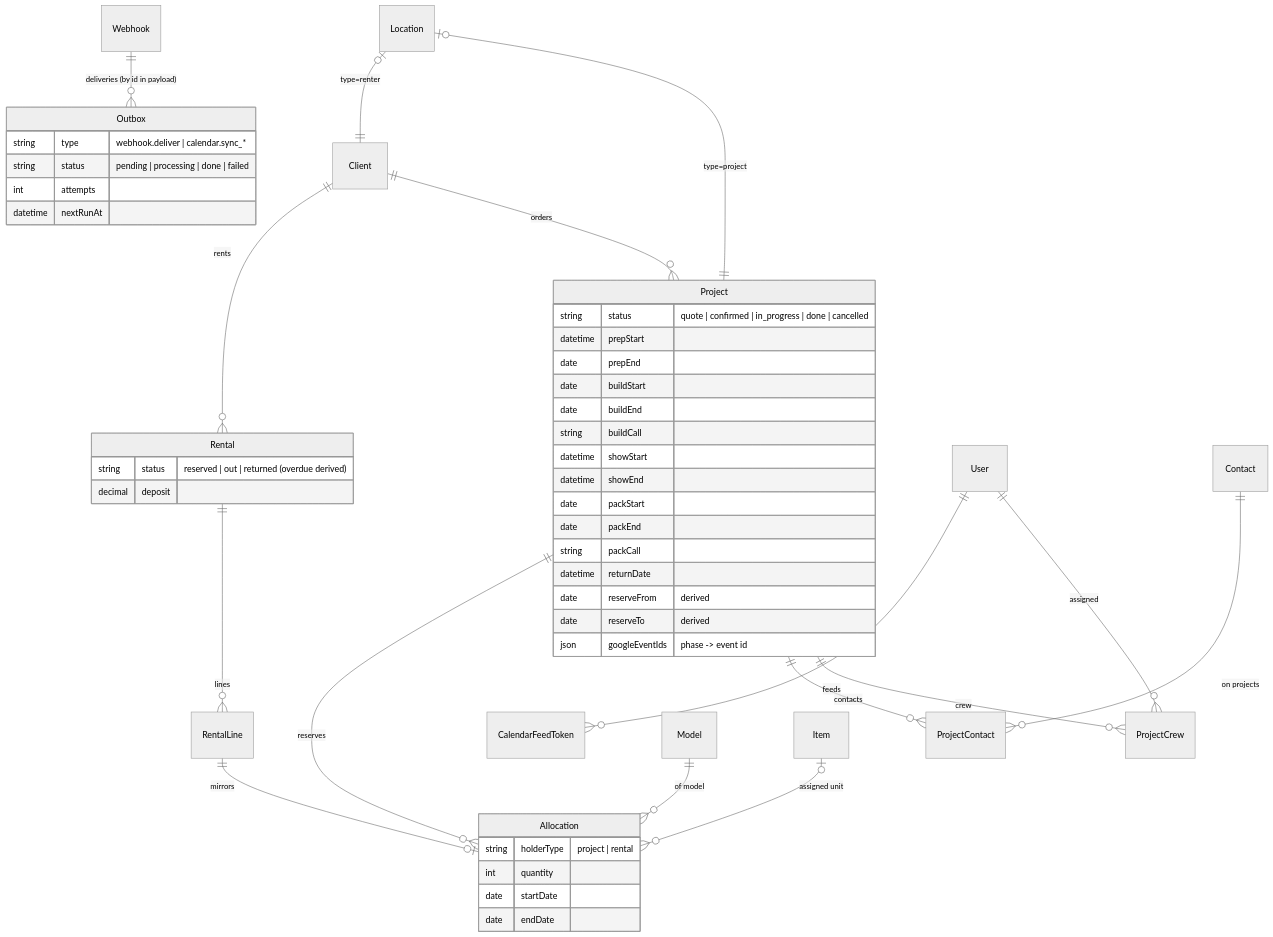
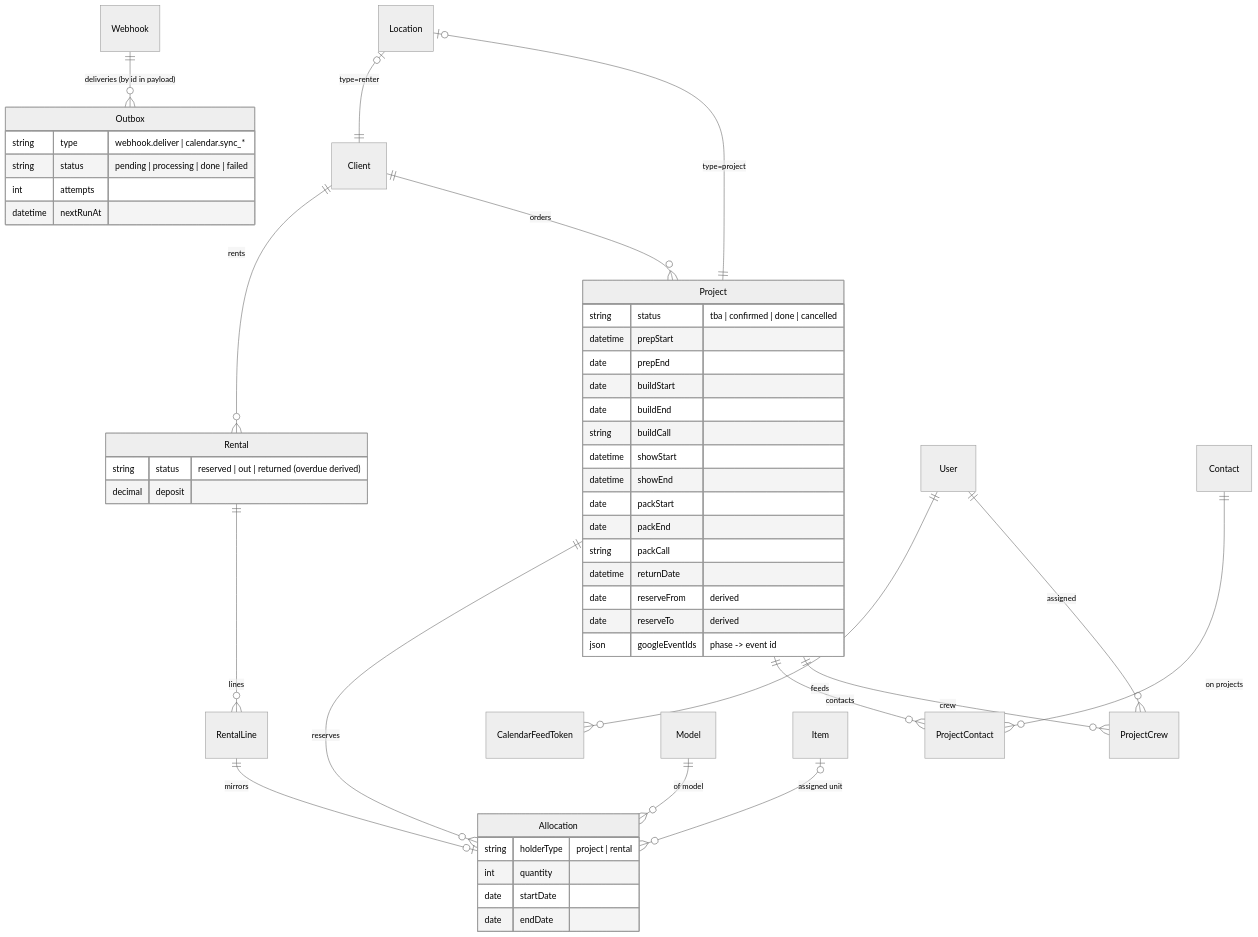
One commit to vertigojeppe/vertigo-gear-management changed the fifth of 6 diagrams in docs/ARCHITECTURE.md. Above: the diagram before and after it, drawn with Mermaid (neutral theme). The commit also changed 23 other files, not shown here.

First line of the commit message:
Projects: statuses TBA, Confirmed, Done, Cancelled; TBA jobs in the calendar

````diff
--- a/docs/ARCHITECTURE.md
+++ b/docs/ARCHITECTURE.md
@@ -259,52 +259,52 @@
 ```mermaid
 erDiagram
   Client ||--o{ Project : orders
   Client ||--o{ Rental : rents
   Project ||--o{ ProjectCrew : crew
   User ||--o{ ProjectCrew : assigned
   Project ||--o{ ProjectContact : contacts
   Contact ||--o{ ProjectContact : "on projects"
   Project ||--o{ Allocation : reserves
   Rental ||--o{ RentalLine : lines
   RentalLine ||--o| Allocation : mirrors
   Model ||--o{ Allocation : "of model"
   Item o|--o{ Allocation : "assigned unit"
   Location o|--|| Project : "type=project"
   Location o|--|| Client : "type=renter"
   User ||--o{ CalendarFeedToken : feeds
   Webhook ||--o{ Outbox : "deliveries (by id in payload)"
 
   Project {
-    string status "quote | confirmed | in_progress | done | cancelled"
+    string status "tba | confirmed | done | cancelled"
     datetime prepStart
     date prepEnd
     date buildStart
     date buildEnd
     string buildCall
     datetime showStart
     datetime showEnd
     date packStart
     date packEnd
     string packCall
     datetime returnDate
     date reserveFrom "derived"
     date reserveTo "derived"
     json googleEventIds "phase -> event id"
   }
   Allocation {
     string holderType "project | rental"
     int quantity
     date startDate
     date endDate
   }
   Rental {
     string status "reserved | out | returned (overdue derived)"
     decimal deposit
   }
   Outbox {
     string type "webhook.deliver | calendar.sync_*"
     string status "pending | processing | done | failed"
     int attempts
     datetime nextRunAt
   }
 ```
````
